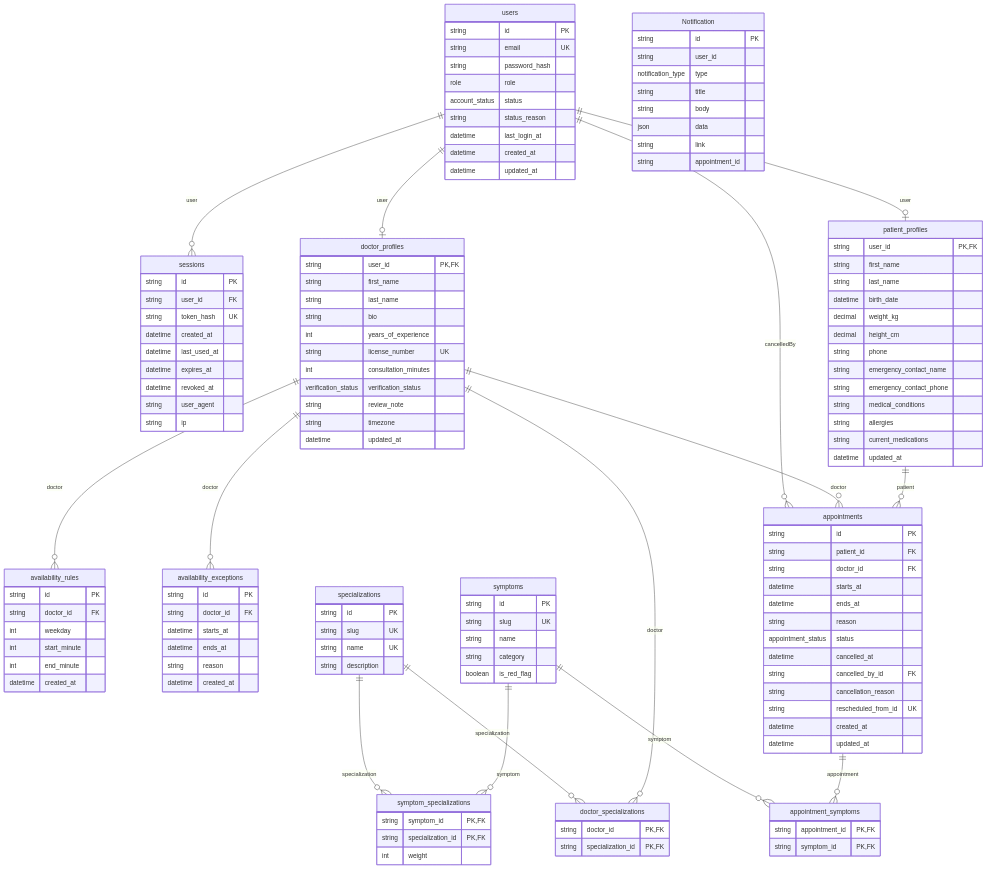
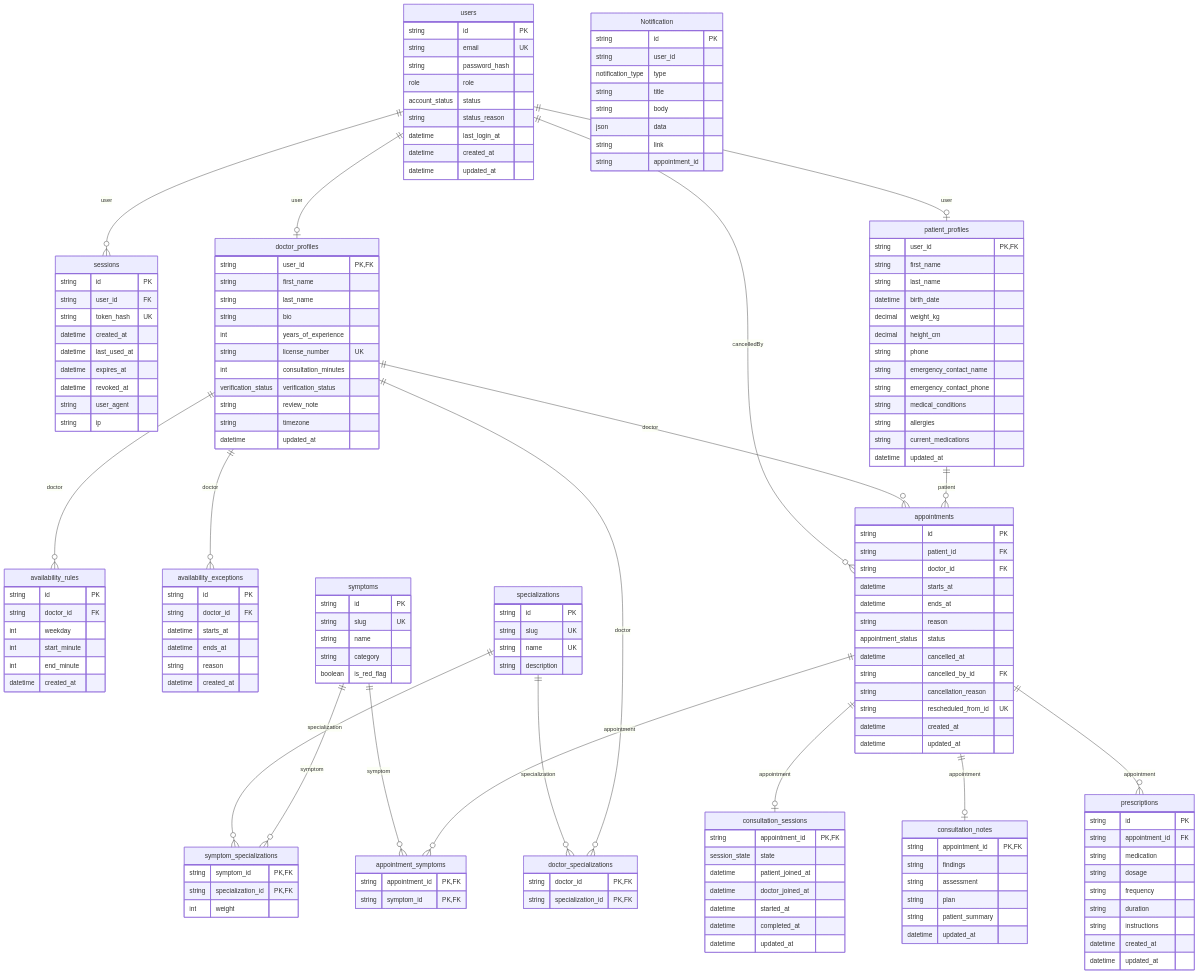
One commit to alhexjustine/telehealth changed the diagram in docs/architecture/_generated-erd.md. Above: the diagram before and after it, drawn with Mermaid. The commit also changed 76 other files, not shown here.

````diff
--- a/docs/architecture/_generated-erd.md
+++ b/docs/architecture/_generated-erd.md
@@ -119,6 +119,34 @@
     string link
     string appointment_id
   }
+  consultation_sessions {
+    string appointment_id PK,FK
+    session_state state
+    datetime patient_joined_at
+    datetime doctor_joined_at
+    datetime started_at
+    datetime completed_at
+    datetime updated_at
+  }
+  consultation_notes {
+    string appointment_id PK,FK
+    string findings
+    string assessment
+    string plan
+    string patient_summary
+    datetime updated_at
+  }
+  prescriptions {
+    string id PK
+    string appointment_id FK
+    string medication
+    string dosage
+    string frequency
+    string duration
+    string instructions
+    datetime created_at
+    datetime updated_at
+  }
   users ||--o{ sessions : "user"
   users ||--o| patient_profiles : "user"
   users ||--o| doctor_profiles : "user"
@@ -133,4 +161,7 @@
   users ||--o{ appointments : "cancelledBy"
   appointments ||--o{ appointment_symptoms : "appointment"
   symptoms ||--o{ appointment_symptoms : "symptom"
+  appointments ||--o| consultation_sessions : "appointment"
+  appointments ||--o| consultation_notes : "appointment"
+  appointments ||--o{ prescriptions : "appointment"
 ```
````
